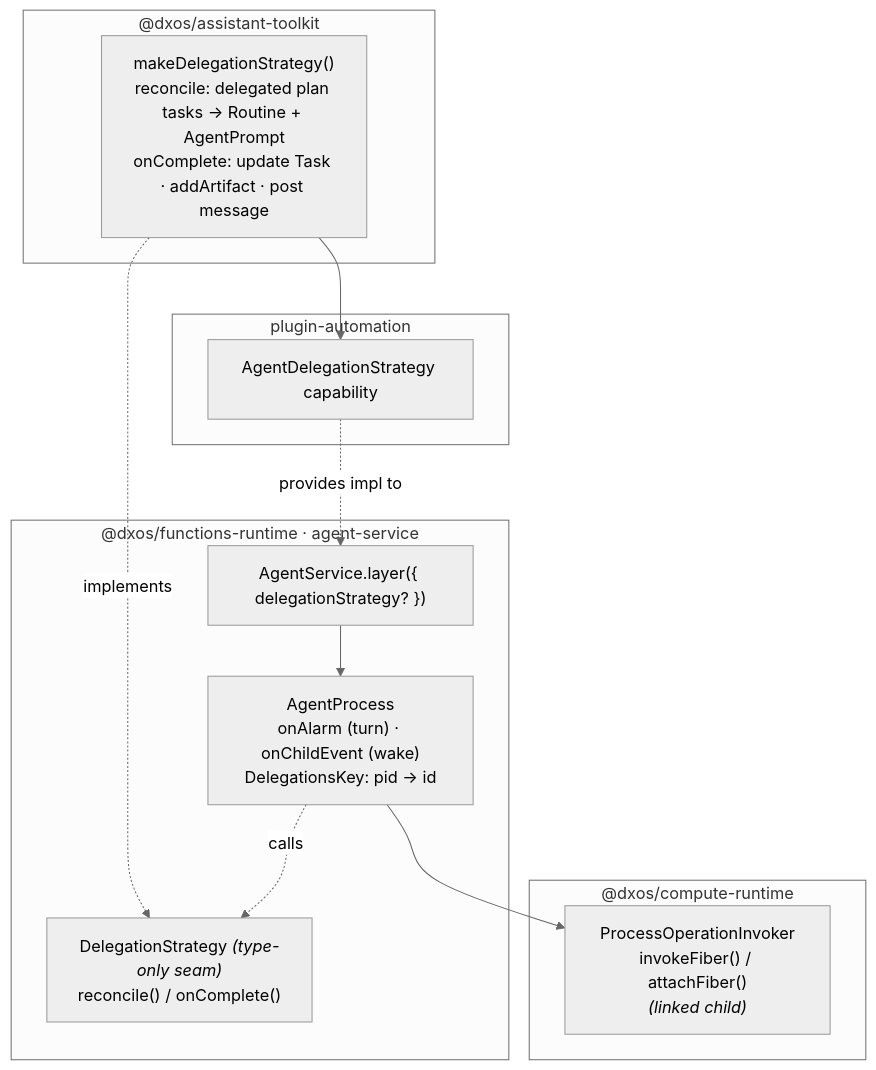
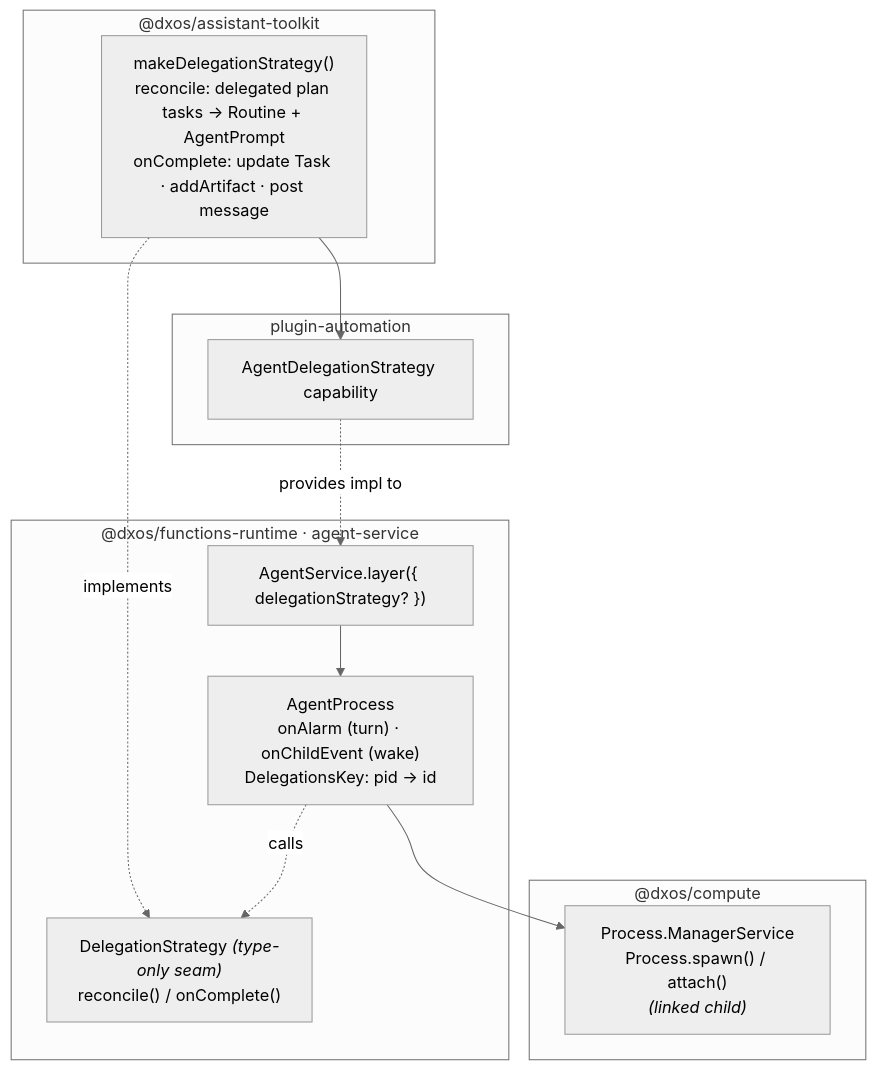
Before and after one commit to dxos/dxos: the first of 2 diagrams in packages/core/compute/agent-runtime/src/agent-service/README.md, drawn with Mermaid (neutral theme). The commit also changed other lines of this file and 66 other files, not shown here.

Commit message:
compute: two-stage durable operations, process-backed invoker, one Process type (#13727)

````diff
--- a/packages/core/compute/agent-runtime/src/agent-service/README.md
+++ b/packages/core/compute/agent-runtime/src/agent-service/README.md
@@ -15,27 +15,27 @@
 ```mermaid
 flowchart TB
-  subgraph rt["@dxos/compute-runtime"]
-    POI["ProcessOperationInvoker<br/>invokeFiber() / attachFiber()<br/><i>(linked child)</i>"]
+  subgraph rt["@dxos/compute"]
+    POI["Process.ManagerService<br/>Process.spawn() / attach()<br/><i>(linked child)</i>"]
   end
 
   subgraph fr["@dxos/functions-runtime · agent-service"]
     AS["AgentService.layer({ delegationStrategy? })"]
     AP["AgentProcess<br/>onAlarm (turn) · onChildEvent (wake)<br/>DelegationsKey: pid → id"]
     SS["DelegationStrategy <i>(type-only seam)</i><br/>reconcile() / onComplete()"]
     AS --> AP
     AP -. "calls" .-> SS
     AP --> POI
   end
 
   subgraph tk["@dxos/assistant-toolkit"]
     IMPL["makeDelegationStrategy()<br/>reconcile: delegated plan tasks → Routine + AgentPrompt<br/>onComplete: update Task · addArtifact · post message"]
   end
 
   subgraph pa["plugin-automation"]
     CAP["AgentDelegationStrategy capability"]
   end
 
   IMPL -. "implements" .-> SS
   CAP -. "provides impl to" .-> AS
   IMPL --> CAP
 ```
````
